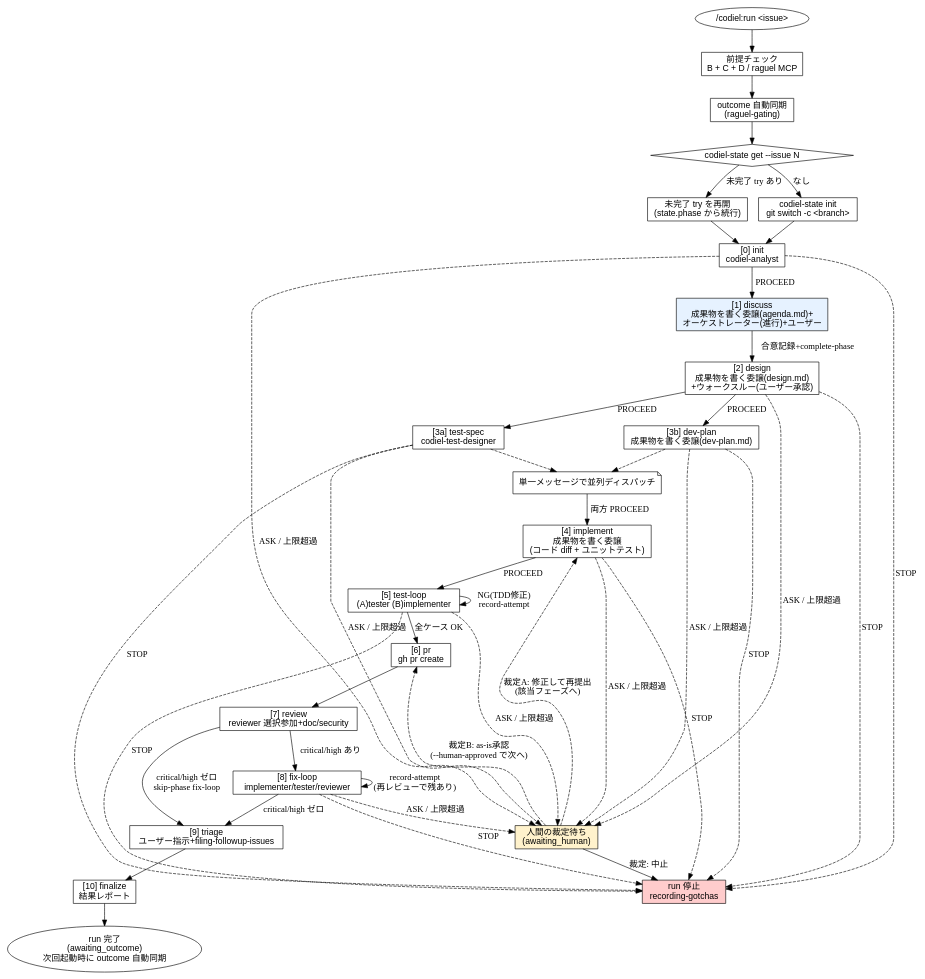
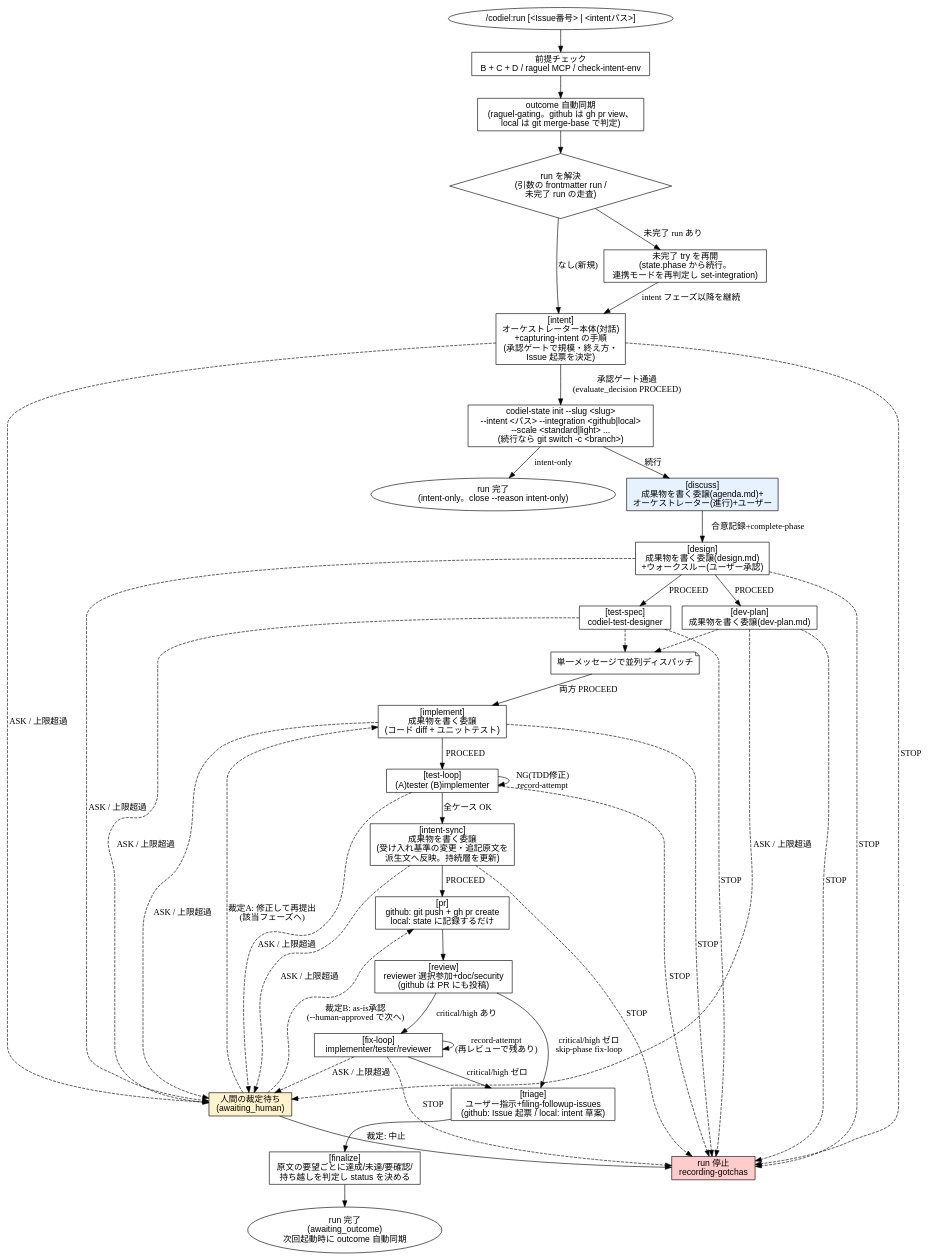
Diagram 15 of 15 in plugins/codiel/docs/skill-flowcharts.md (Amatsuka-kobo/amatsuka-claude-plugins), drawn with Graphviz before and after one commit. The commit also changed other lines of this file and 15 other files, not shown here.

Commit message:
feat(codiel): intent 書式 v2・執筆規則・intent フェーズ・syncing-intents を足し、analyzing-issues と codiel-analyst を削除する

````diff
--- a/plugins/codiel/docs/skill-flowcharts.md
+++ b/plugins/codiel/docs/skill-flowcharts.md
@@ -633,61 +603,65 @@
 ```dot
 digraph codiel_run {
   rankdir=TB;
   node [fontname="sans-serif"];
 
-  start [label="/codiel:run <issue>", shape=ellipse];
-  precheck [label="前提チェック\nB + C + D / raguel MCP", shape=box];
-  sync [label="outcome 自動同期\n(raguel-gating)", shape=box];
-  resolve [label="codiel-state get --issue N", shape=diamond];
-  resume [label="未完了 try を再開\n(state.phase から続行)", shape=box];
-  init_run [label="codiel-state init\ngit switch -c <branch>", shape=box];
+  start [label="/codiel:run [<Issue番号> | <intentパス>]", shape=ellipse];
+  precheck [label="前提チェック\nB + C + D / raguel MCP / check-intent-env", shape=box];
+  sync [label="outcome 自動同期\n(raguel-gating。github は gh pr view、\nlocal は git merge-base で判定)", shape=box];
+  resolve [label="run を解決\n(引数の frontmatter run /\n未完了 run の走査)", shape=diamond];
+  resume [label="未完了 try を再開\n(state.phase から続行。\n連携モードを再判定し set-integration)", shape=box];
 
-  init [label="[0] init\ncodiel-analyst", shape=box];
-  discuss [label="[1] discuss\n成果物を書く委譲(agenda.md)+\nオーケストレーター(進行)+ユーザー", shape=box, style=filled, fillcolor="#e6f2ff"];
-  design [label="[2] design\n成果物を書く委譲(design.md)\n+ウォークスルー(ユーザー承認)", shape=box];
-  testspec [label="[3a] test-spec\ncodiel-test-designer", shape=box];
-  devplan [label="[3b] dev-plan\n成果物を書く委譲(dev-plan.md)", shape=box];
+  intent [label="[intent]\nオーケストレーター本体(対話)\n+capturing-intent の手順\n(承認ゲートで規模・終え方・\nIssue 起票を決定)", shape=box];
+  intent_init [label="codiel-state init --slug <slug>\n--intent <パス> --integration <github|local>\n--scale <standard|light> ...\n(続行なら git switch -c <branch>)", shape=box];
+  discuss [label="[discuss]\n成果物を書く委譲(agenda.md)+\nオーケストレーター(進行)+ユーザー", shape=box, style=filled, fillcolor="#e6f2ff"];
+  design [label="[design]\n成果物を書く委譲(design.md)\n+ウォークスルー(ユーザー承認)", shape=box];
+  testspec [label="[test-spec]\ncodiel-test-designer", shape=box];
+  devplan [label="[dev-plan]\n成果物を書く委譲(dev-plan.md)", shape=box];
   parallel [label="単一メッセージで並列ディスパッチ", shape=note];
-  implement [label="[4] implement\n成果物を書く委譲\n(コード diff + ユニットテスト)", shape=box];
-  testloop [label="[5] test-loop\n(A)tester (B)implementer", shape=box];
-  pr [label="[6] pr\ngh pr create", shape=box];
-  review [label="[7] review\nreviewer 選択参加+doc/security", shape=box];
-  fixloop [label="[8] fix-loop\nimplementer/tester/reviewer", shape=box];
-  triage [label="[9] triage\nユーザー指示+filing-followup-issues", shape=box];
-  finalize [label="[10] finalize\n結果レポート", shape=box];
+  implement [label="[implement]\n成果物を書く委譲\n(コード diff + ユニットテスト)", shape=box];
+  testloop [label="[test-loop]\n(A)tester (B)implementer", shape=box];
+  intentsync [label="[intent-sync]\n成果物を書く委譲\n(受け入れ基準の変更・追記原文を\n派生文へ反映。持続層を更新)", shape=box];
+  pr [label="[pr]\ngithub: git push + gh pr create\nlocal: state に記録するだけ", shape=box];
+  review [label="[review]\nreviewer 選択参加+doc/security\n(github は PR にも投稿)", shape=box];
+  fixloop [label="[fix-loop]\nimplementer/tester/reviewer", shape=box];
+  triage [label="[triage]\nユーザー指示+filing-followup-issues\n(github: Issue 起票 / local: intent 草案)", shape=box];
+  finalize [label="[finalize]\n原文の要望ごとに達成/未達/要確認/\n持ち越しを判定し status を決める", shape=box];
 
   human [label="人間の裁定待ち\n(awaiting_human)", shape=box, style=filled, fillcolor="#fff2cc"];
   stopped [label="run 停止\nrecording-gotchas", shape=box, style=filled, fillcolor="#ffcccc"];
   outcome [label="run 完了\n(awaiting_outcome)\n次回起動時に outcome 自動同期", shape=ellipse];
+  intentonly [label="run 完了\n(intent-only。close --reason intent-only)", shape=ellipse];
 
   start -> precheck -> sync -> resolve;
-  resolve -> resume [label="未完了 try あり"];
-  resolve -> init_run [label="なし"];
-  resume -> init;
-  init_run -> init;
+  resolve -> resume [label="未完了 run あり"];
+  resolve -> intent [label="なし(新規)"];
+  resume -> intent [label="intent フェーズ以降を継続"];
 
-  init -> discuss [label="PROCEED"];
+  intent -> intent_init [label="承認ゲート通過\n(evaluate_decision PROCEED)"];
+  intent_init -> discuss [label="続行"];
+  intent_init -> intentonly [label="intent-only"];
   discuss -> design [label="合意記録+complete-phase"];
   design -> testspec [label="PROCEED"];
   design -> devplan [label="PROCEED"];
   testspec -> parallel [style=dashed];
   devplan -> parallel [style=dashed];
   parallel -> implement [label="両方 PROCEED"];
   implement -> testloop [label="PROCEED"];
   testloop -> testloop [label="NG(TDD修正)\nrecord-attempt"];
-  testloop -> pr [label="全ケース OK"];
+  testloop -> intentsync [label="全ケース OK"];
+  intentsync -> pr [label="PROCEED"];
   pr -> review;
   review -> fixloop [label="critical/high あり"];
   review -> triage [label="critical/high ゼロ\nskip-phase fix-loop"];
   fixloop -> fixloop [label="record-attempt\n(再レビューで残あり)"];
   fixloop -> triage [label="critical/high ゼロ"];
   triage -> finalize;
   finalize -> outcome;
 
-  { init design testspec devplan implement testloop fixloop } -> human [label="ASK / 上限超過", style=dashed];
-  { init design testspec devplan implement testloop fixloop } -> stopped [label="STOP", style=dashed];
+  { intent design testspec devplan implement testloop intentsync fixloop } -> human [label="ASK / 上限超過", style=dashed];
+  { intent design testspec devplan implement testloop intentsync fixloop } -> stopped [label="STOP", style=dashed];
   human -> stopped [label="裁定: 中止"];
   human -> implement [label="裁定A: 修正して再提出\n(該当フェーズへ)", style=dashed];
   human -> pr [label="裁定B: as-is承認\n(--human-approved で次へ)", style=dashed];
 }
 ```
````
